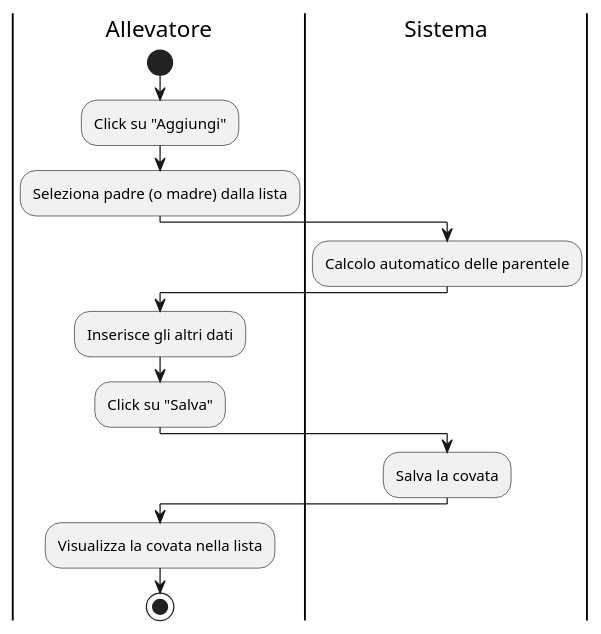
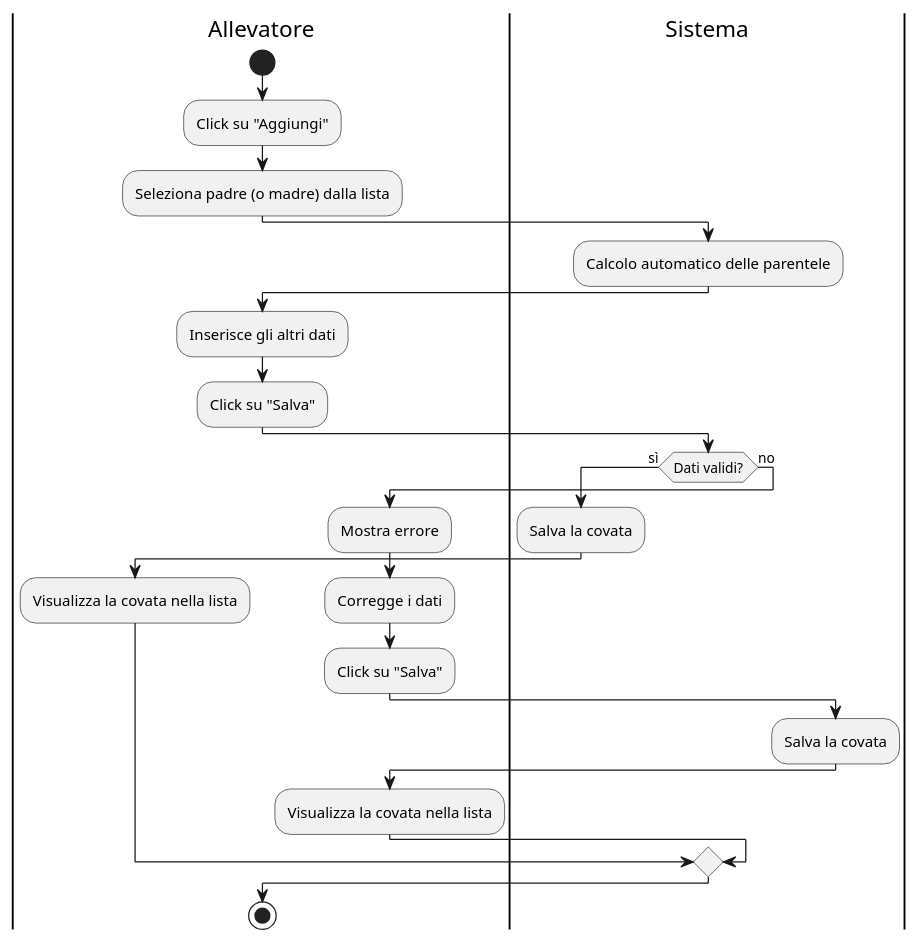
The eighth of 27 diagrams in docs/sezioni/usecases/2_activitydiagrams.md (cristiancundari/birdbase), drawn with PlantUML before and after one commit. The commit also changed other lines of this file and 4 other files, not shown here.

````diff
--- a/docs/sezioni/usecases/2_activitydiagrams.md
+++ b/docs/sezioni/usecases/2_activitydiagrams.md
@@ -167,18 +195,29 @@
 ```plantuml
 @startuml
 |Allevatore|
 start
 :Click su "Aggiungi";
 :Seleziona padre (o madre) dalla lista;
 |Sistema|
 :Calcolo automatico delle parentele;
 |Allevatore|
 :Inserisce gli altri dati;
 :Click su "Salva";
 |Sistema|
-:Salva la covata;
-|Allevatore|
-:Visualizza la covata nella lista;
+if (Dati validi?) then (sì)
+    :Salva la covata;
+    |Allevatore|
+    :Visualizza la covata nella lista;
+else (no)
+    :Mostra errore;
+    |Allevatore|
+    :Corregge i dati;
+    :Click su "Salva";
+    |Sistema|
+    :Salva la covata;
+    |Allevatore|
+    :Visualizza la covata nella lista;
+endif
 stop
 @enduml
 ```
````
